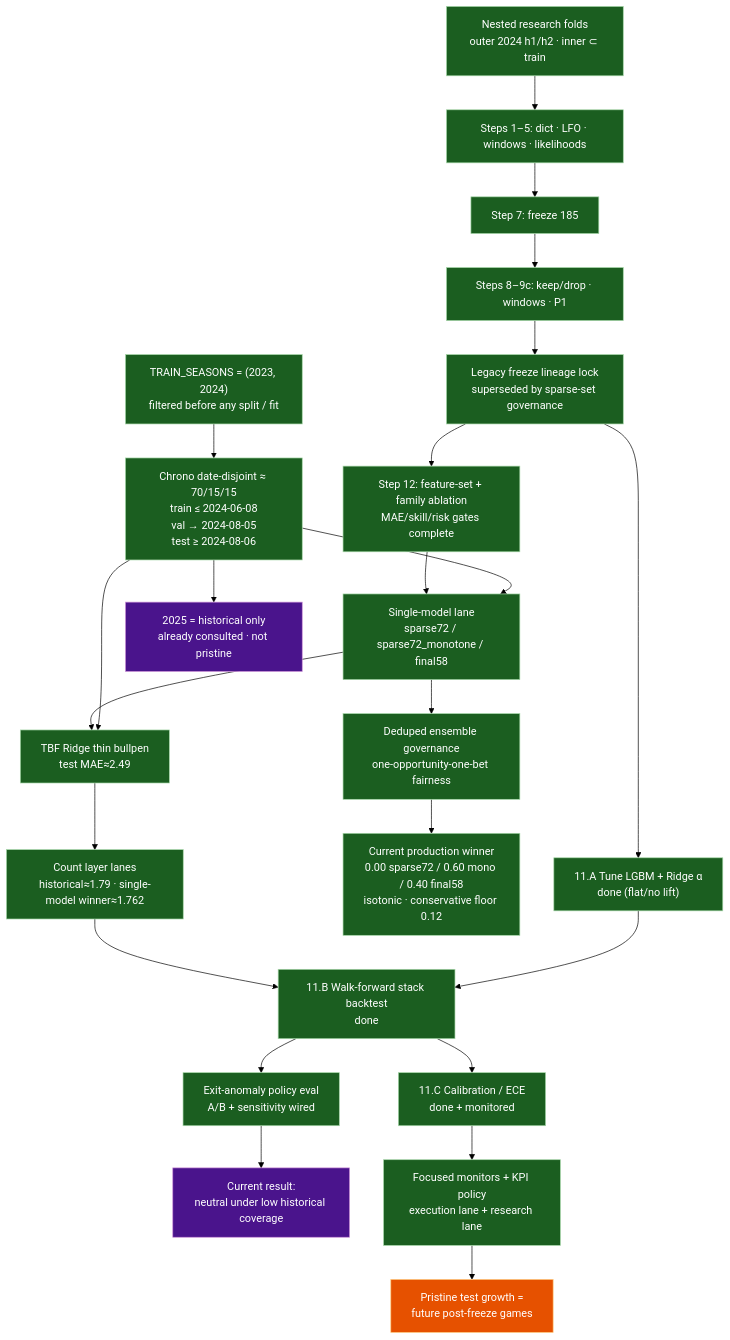
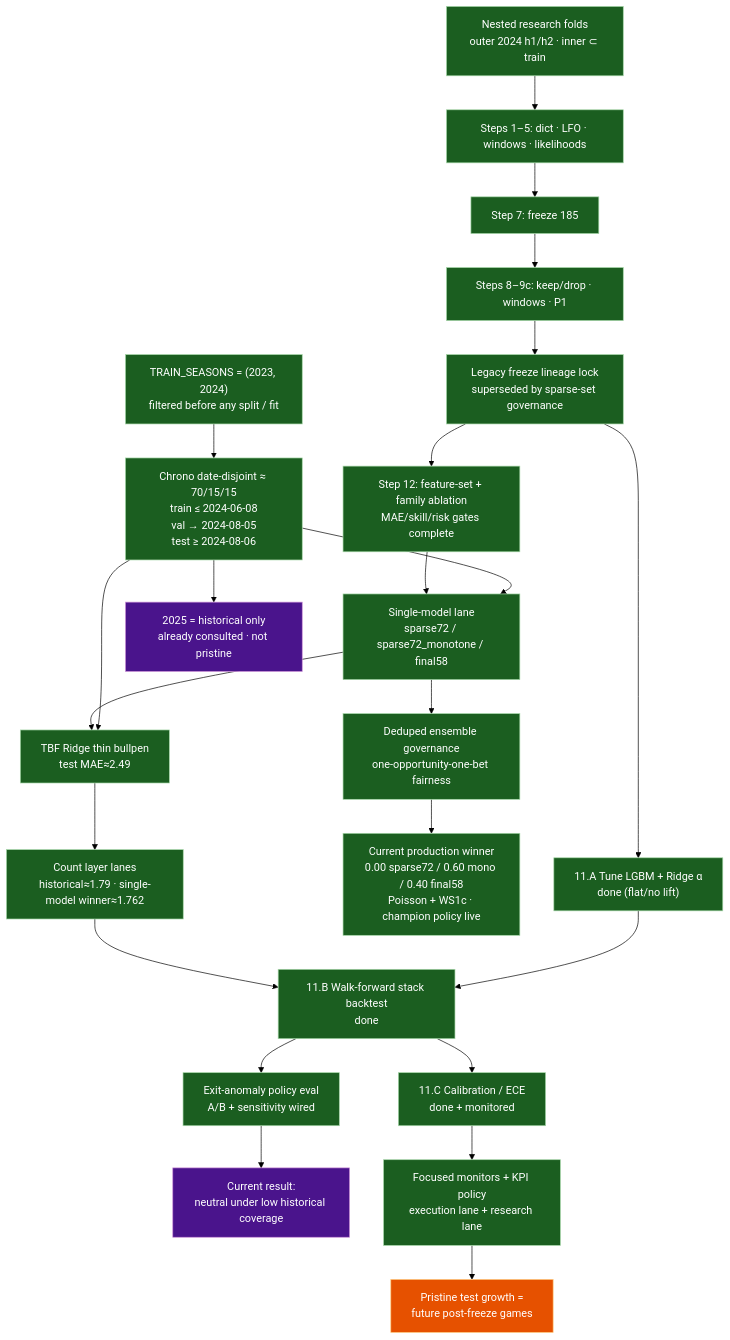
One commit to Cbkaplinger/MLB-Props changed the diagram in docs/diagrams/03-modeling-and-evaluation.md. Above: the diagram before and after it, drawn with Mermaid (forest theme). The commit also changed 8 other files, not shown here.

First line of the commit message:
docs: repo second pass (champion policy, replay surfaces, diagrams, free-only)

````diff
--- a/docs/diagrams/03-modeling-and-evaluation.md
+++ b/docs/diagrams/03-modeling-and-evaluation.md
@@ -6,47 +6,47 @@
 ```mermaid
 flowchart TB
   classDef built fill:#1b5e20,stroke:#a5d6a7,color:#fff
   classDef partial fill:#e65100,stroke:#ffcc80,color:#fff
   classDef missing fill:#b71c1c,stroke:#ef9a9a,color:#fff
   classDef risk fill:#4a148c,stroke:#ce93d8,color:#fff
   classDef next fill:#01579b,stroke:#81d4fa,color:#fff
 
   SEAS["TRAIN_SEASONS = (2023, 2024)<br/>filtered before any split / fit"]:::built
   SPLIT["Chrono date-disjoint ≈ 70/15/15<br/>train ≤ 2024-06-08<br/>val → 2024-08-05<br/>test ≥ 2024-08-06"]:::built
   NEST["Nested research folds<br/>outer 2024 h1/h2 · inner ⊂ train"]:::built
 
   LGBM["Single-model lane<br/>sparse72 / sparse72_monotone / final58"]:::built
   TBF["TBF Ridge thin bullpen<br/>test MAE≈2.49"]:::built
   CNT["Count layer lanes<br/>historical≈1.79 · single-model winner≈1.762"]:::built
   HOLD["2025 = historical only<br/>already consulted · not pristine"]:::risk
 
   S1["Steps 1–5: dict · LFO · windows · likelihoods"]:::built
   S7["Step 7: freeze 185"]:::built
   S89["Steps 8–9c: keep/drop · windows · P1"]:::built
   S10["Legacy freeze lineage lock<br/>superseded by sparse-set governance"]:::built
   S12["Step 12: feature-set + family ablation<br/>MAE/skill/risk gates complete"]:::built
   ENS["Deduped ensemble governance<br/>one-opportunity-one-bet fairness"]:::built
-  TOP["Current production winner<br/>0.00 sparse72 / 0.60 mono / 0.40 final58<br/>isotonic · conservative floor 0.12"]:::built
+  TOP["Current production winner<br/>0.00 sparse72 / 0.60 mono / 0.40 final58<br/>Poisson + WS1c · champion policy live"]:::built
 
   TUNE["11.A Tune LGBM + Ridge α<br/>done (flat/no lift)"]:::built
   WF["11.B Walk-forward stack backtest<br/>done"]:::built
   CAL["11.C Calibration / ECE<br/>done + monitored"]:::built
   ANOM["Exit-anomaly policy eval<br/>A/B + sensitivity wired"]:::built
   ANOMRES["Current result:<br/>neutral under low historical coverage"]:::risk
   PMON["Focused monitors + KPI policy<br/>execution lane + research lane"]:::built
   NEXT["Pristine test growth =<br/>future post-freeze games"]:::partial
 
   SEAS --> SPLIT
   SPLIT --> LGBM
   SPLIT --> TBF
   SPLIT --> HOLD
   NEST --> S1
   S1 --> S7 --> S89 --> S10 --> S12
   S12 --> LGBM
   LGBM --> ENS --> TOP
   LGBM --> TBF --> CNT
   S10 --> TUNE --> WF --> CAL
   CNT --> WF
   CAL --> PMON --> NEXT
   WF --> ANOM --> ANOMRES
 ```
````
